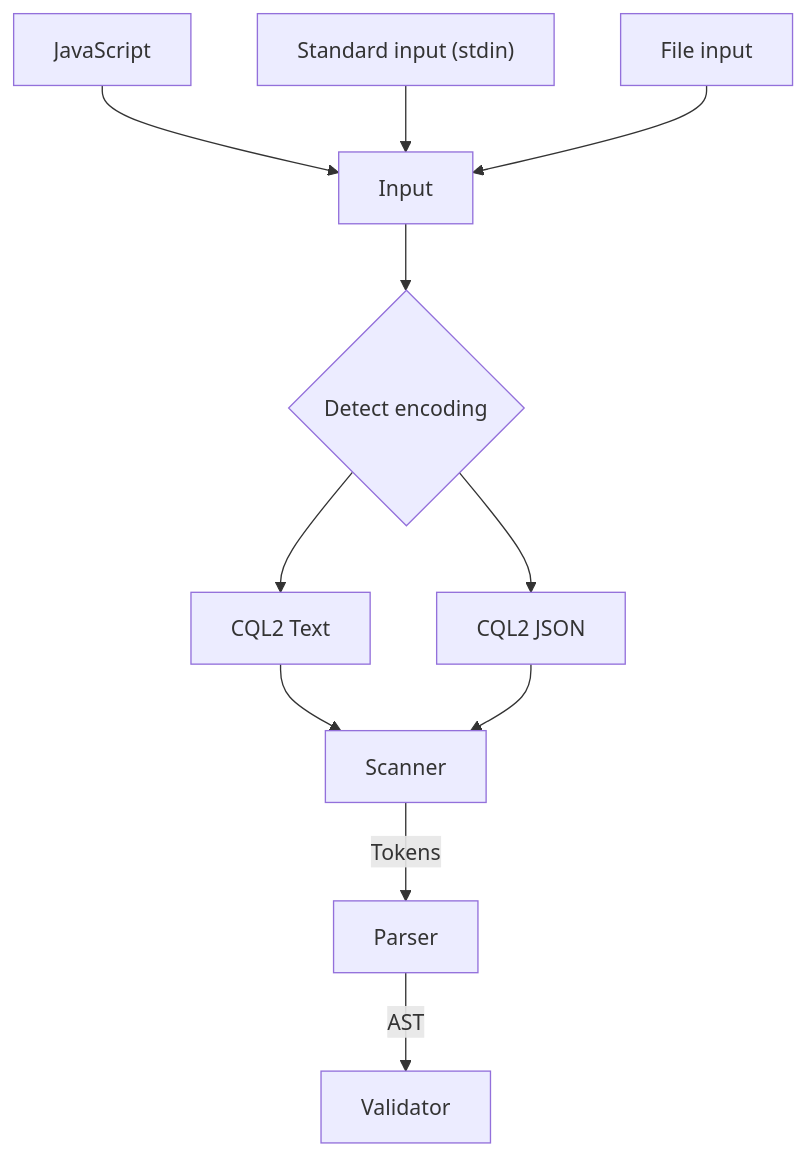
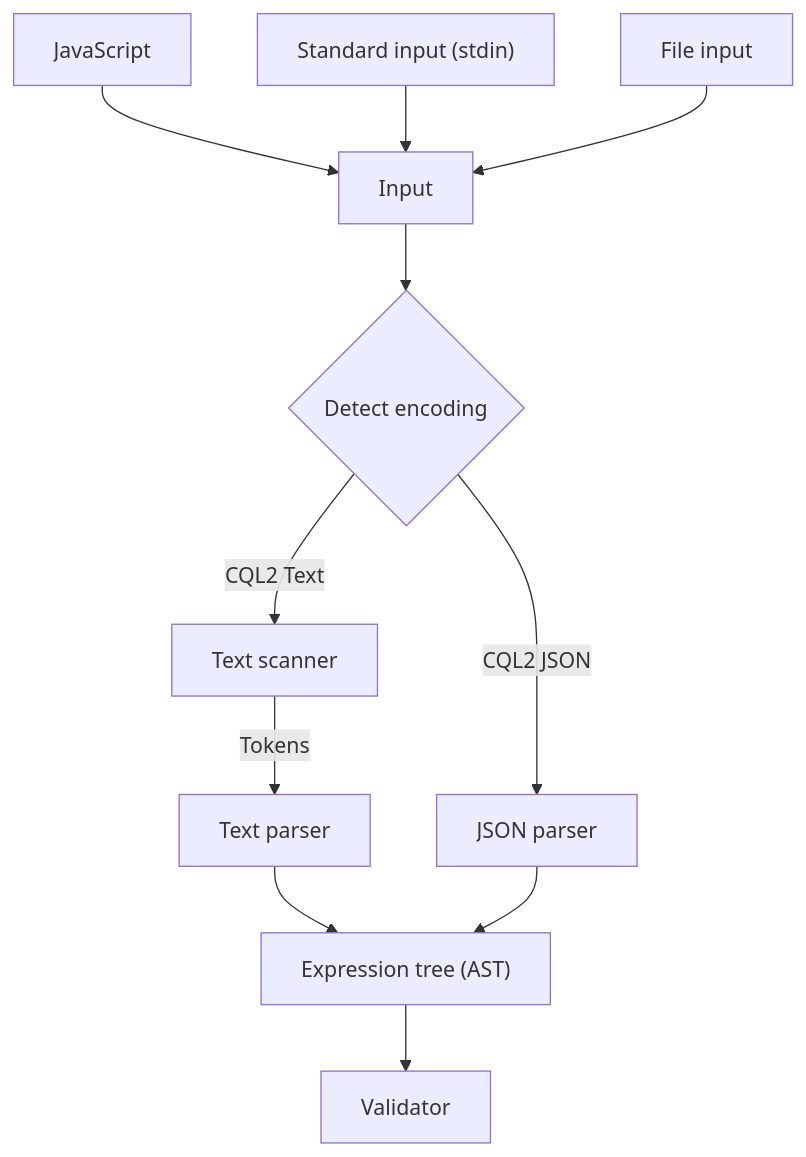
Before and after one commit to NoamRa/ogc-cql2-filters: the diagram in README.md, drawn with Mermaid.

Commit message:
update high level design in readme

````diff
--- a/README.md
+++ b/README.md
@@ -17,14 +17,19 @@
 ```mermaid
 flowchart TD
     JS[JavaScript] --> IN[Input]
     SI["Standard input (stdin)"] --> IN[Input]
     FI[File input] --> IN[Input]
     IN --> D{Detect encoding}
-    D --> CT[CQL2 Text]
-    D --> CJ[CQL2 JSON]
-    CT --> SC[Scanner]
-    CJ --> SC[Scanner]
-    SC --> |Tokens| PR[Parser]
-    PR --> |AST| V[Validator]
+
+    %% CQL2 Text
+    D --> |CQL2 Text| TS[Text scanner]
+    TS --> |Tokens| TP[Text parser]
+    TP --> E["Expression tree (AST)"]
+
+    %% CQL2 JSON
+    D --> |CQL2 JSON| JP[JSON parser]
+    JP --> E
+
+    E --> V[Validator]
 
 ```
````
